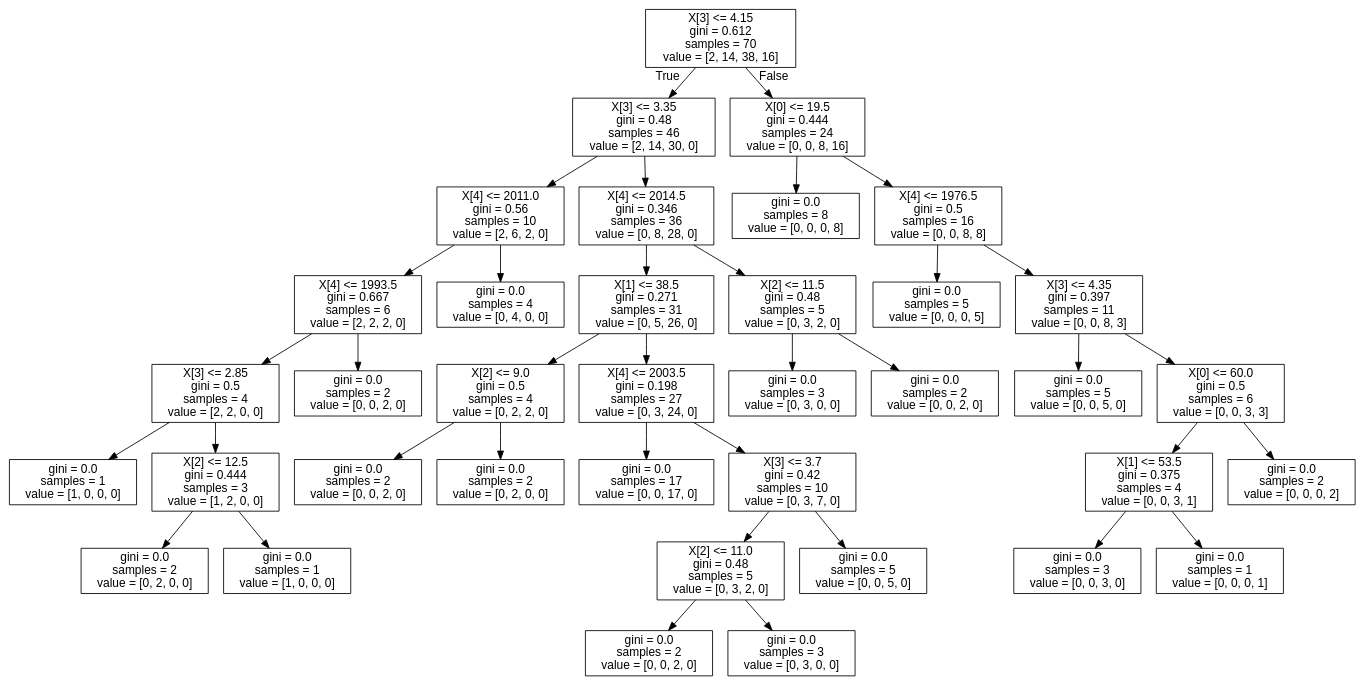
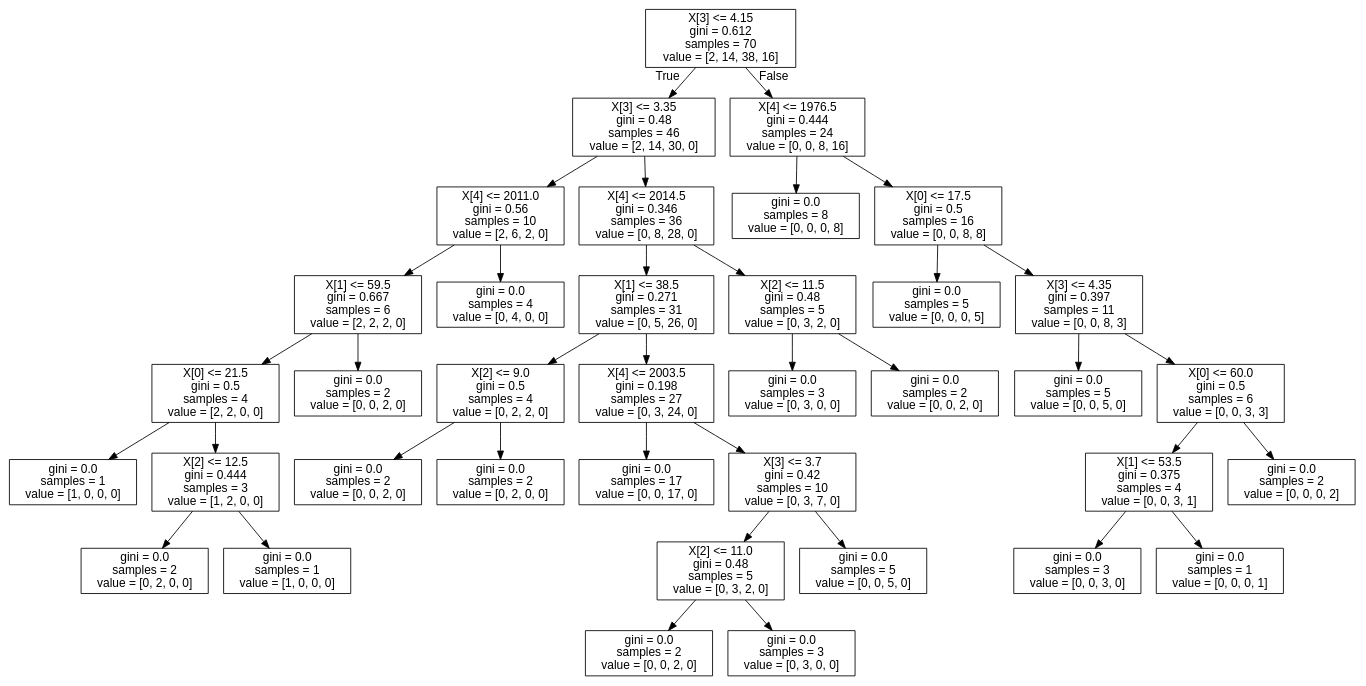
One commit to ViniciusOSAntos/Data-Science---Estudos-e-Atividades changed the diagram in BibliotecaMusicalV2/tree.dot. Above: the diagram before and after it, drawn with Graphviz. The commit also changed 1 other file, not shown here.

Commit message:
Gerando um Funnel Chart usando a biblioteca Plotly

```diff
--- a/BibliotecaMusicalV2/tree.dot
+++ b/BibliotecaMusicalV2/tree.dot
@@ -1,77 +1,77 @@
 digraph Tree {
 node [shape=box, fontname="helvetica"] ;
 edge [fontname="helvetica"] ;
 0 [label="X[3] <= 4.15\ngini = 0.612\nsamples = 70\nvalue = [2, 14, 38, 16]"] ;
 1 [label="X[3] <= 3.35\ngini = 0.48\nsamples = 46\nvalue = [2, 14, 30, 0]"] ;
 0 -> 1 [labeldistance=2.5, labelangle=45, headlabel="True"] ;
 2 [label="X[4] <= 2011.0\ngini = 0.56\nsamples = 10\nvalue = [2, 6, 2, 0]"] ;
 1 -> 2 ;
-3 [label="X[4] <= 1993.5\ngini = 0.667\nsamples = 6\nvalue = [2, 2, 2, 0]"] ;
+3 [label="X[1] <= 59.5\ngini = 0.667\nsamples = 6\nvalue = [2, 2, 2, 0]"] ;
 2 -> 3 ;
-4 [label="X[3] <= 2.85\ngini = 0.5\nsamples = 4\nvalue = [2, 2, 0, 0]"] ;
+4 [label="X[0] <= 21.5\ngini = 0.5\nsamples = 4\nvalue = [2, 2, 0, 0]"] ;
 3 -> 4 ;
 5 [label="gini = 0.0\nsamples = 1\nvalue = [1, 0, 0, 0]"] ;
 4 -> 5 ;
 6 [label="X[2] <= 12.5\ngini = 0.444\nsamples = 3\nvalue = [1, 2, 0, 0]"] ;
 4 -> 6 ;
 7 [label="gini = 0.0\nsamples = 2\nvalue = [0, 2, 0, 0]"] ;
 6 -> 7 ;
 8 [label="gini = 0.0\nsamples = 1\nvalue = [1, 0, 0, 0]"] ;
 6 -> 8 ;
 9 [label="gini = 0.0\nsamples = 2\nvalue = [0, 0, 2, 0]"] ;
 3 -> 9 ;
 10 [label="gini = 0.0\nsamples = 4\nvalue = [0, 4, 0, 0]"] ;
 2 -> 10 ;
 11 [label="X[4] <= 2014.5\ngini = 0.346\nsamples = 36\nvalue = [0, 8, 28, 0]"] ;
 1 -> 11 ;
 12 [label="X[1] <= 38.5\ngini = 0.271\nsamples = 31\nvalue = [0, 5, 26, 0]"] ;
 11 -> 12 ;
 13 [label="X[2] <= 9.0\ngini = 0.5\nsamples = 4\nvalue = [0, 2, 2, 0]"] ;
 12 -> 13 ;
 14 [label="gini = 0.0\nsamples = 2\nvalue = [0, 0, 2, 0]"] ;
 13 -> 14 ;
 15 [label="gini = 0.0\nsamples = 2\nvalue = [0, 2, 0, 0]"] ;
 13 -> 15 ;
 16 [label="X[4] <= 2003.5\ngini = 0.198\nsamples = 27\nvalue = [0, 3, 24, 0]"] ;
 12 -> 16 ;
 17 [label="gini = 0.0\nsamples = 17\nvalue = [0, 0, 17, 0]"] ;
 16 -> 17 ;
 18 [label="X[3] <= 3.7\ngini = 0.42\nsamples = 10\nvalue = [0, 3, 7, 0]"] ;
 16 -> 18 ;
 19 [label="X[2] <= 11.0\ngini = 0.48\nsamples = 5\nvalue = [0, 3, 2, 0]"] ;
 18 -> 19 ;
 20 [label="gini = 0.0\nsamples = 2\nvalue = [0, 0, 2, 0]"] ;
 19 -> 20 ;
 21 [label="gini = 0.0\nsamples = 3\nvalue = [0, 3, 0, 0]"] ;
 19 -> 21 ;
 22 [label="gini = 0.0\nsamples = 5\nvalue = [0, 0, 5, 0]"] ;
 18 -> 22 ;
 23 [label="X[2] <= 11.5\ngini = 0.48\nsamples = 5\nvalue = [0, 3, 2, 0]"] ;
 11 -> 23 ;
 24 [label="gini = 0.0\nsamples = 3\nvalue = [0, 3, 0, 0]"] ;
 23 -> 24 ;
 25 [label="gini = 0.0\nsamples = 2\nvalue = [0, 0, 2, 0]"] ;
 23 -> 25 ;
-26 [label="X[0] <= 19.5\ngini = 0.444\nsamples = 24\nvalue = [0, 0, 8, 16]"] ;
+26 [label="X[4] <= 1976.5\ngini = 0.444\nsamples = 24\nvalue = [0, 0, 8, 16]"] ;
 0 -> 26 [labeldistance=2.5, labelangle=-45, headlabel="False"] ;
 27 [label="gini = 0.0\nsamples = 8\nvalue = [0, 0, 0, 8]"] ;
 26 -> 27 ;
-28 [label="X[4] <= 1976.5\ngini = 0.5\nsamples = 16\nvalue = [0, 0, 8, 8]"] ;
+28 [label="X[0] <= 17.5\ngini = 0.5\nsamples = 16\nvalue = [0, 0, 8, 8]"] ;
 26 -> 28 ;
 29 [label="gini = 0.0\nsamples = 5\nvalue = [0, 0, 0, 5]"] ;
 28 -> 29 ;
 30 [label="X[3] <= 4.35\ngini = 0.397\nsamples = 11\nvalue = [0, 0, 8, 3]"] ;
 28 -> 30 ;
 31 [label="gini = 0.0\nsamples = 5\nvalue = [0, 0, 5, 0]"] ;
 30 -> 31 ;
 32 [label="X[0] <= 60.0\ngini = 0.5\nsamples = 6\nvalue = [0, 0, 3, 3]"] ;
 30 -> 32 ;
 33 [label="X[1] <= 53.5\ngini = 0.375\nsamples = 4\nvalue = [0, 0, 3, 1]"] ;
 32 -> 33 ;
 34 [label="gini = 0.0\nsamples = 3\nvalue = [0, 0, 3, 0]"] ;
 33 -> 34 ;
 35 [label="gini = 0.0\nsamples = 1\nvalue = [0, 0, 0, 1]"] ;
 33 -> 35 ;
 36 [label="gini = 0.0\nsamples = 2\nvalue = [0, 0, 0, 2]"] ;
 32 -> 36 ;
 }
```
